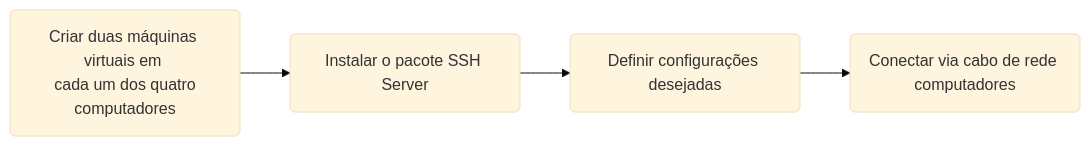
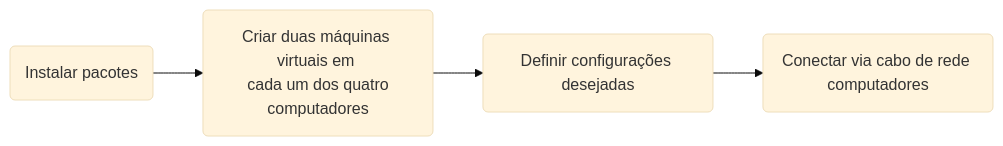
The first of 2 diagrams in README.md (emanuelvsz/virtual-machines-server), drawn with Mermaid (base theme) before and after one commit. The commit also changed other lines of this file, not shown here.

````diff
--- a/README.md
+++ b/README.md
@@ -21,7 +25,7 @@
    ```mermaid
      graph LR;
-         A(Criar duas máquinas virtuais em <br> cada um dos quatro computadores)-->B;
-         B(Instalar o pacote SSH Server)-->C;
+         A(Instalar pacotes)-->B;
+         B(Criar duas máquinas virtuais em <br> cada um dos quatro computadores)-->C;
          C(Definir configurações desejadas)-->D;
          D(Conectar via cabo de rede computadores);
    ```
````
